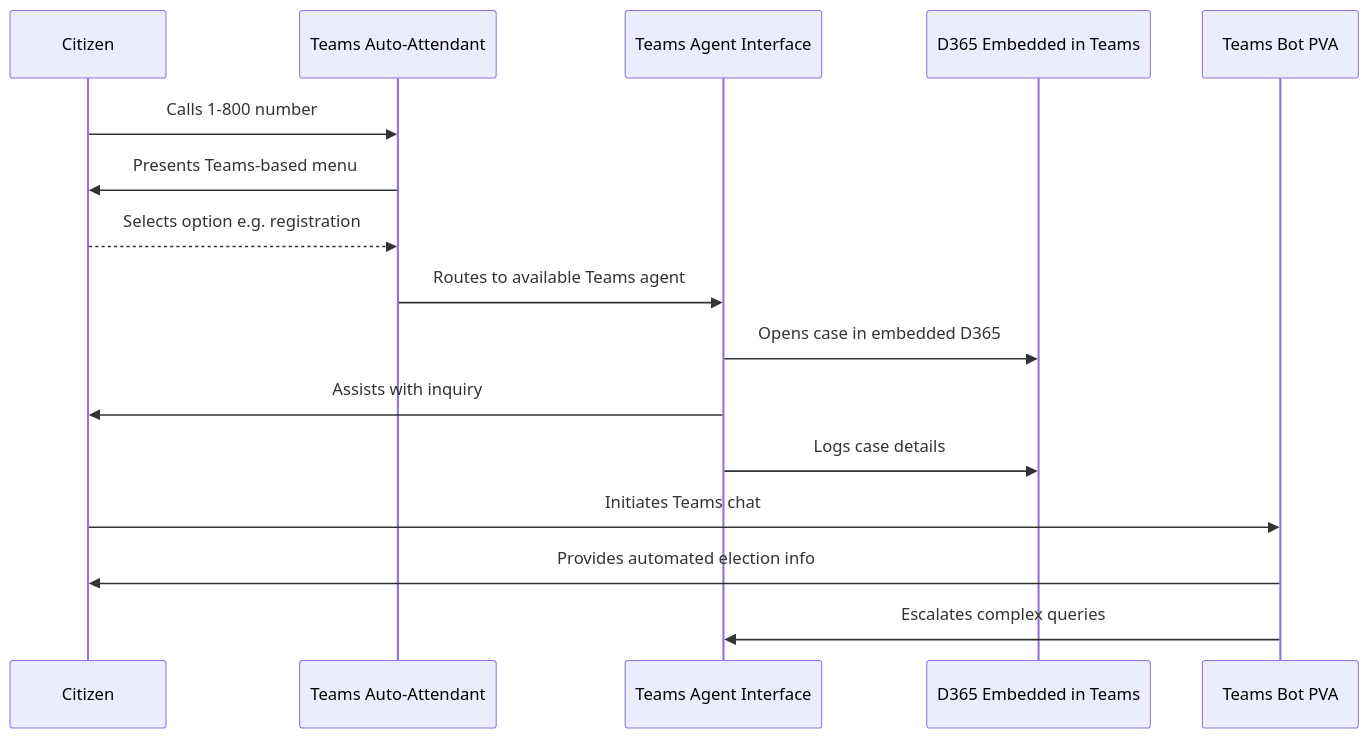
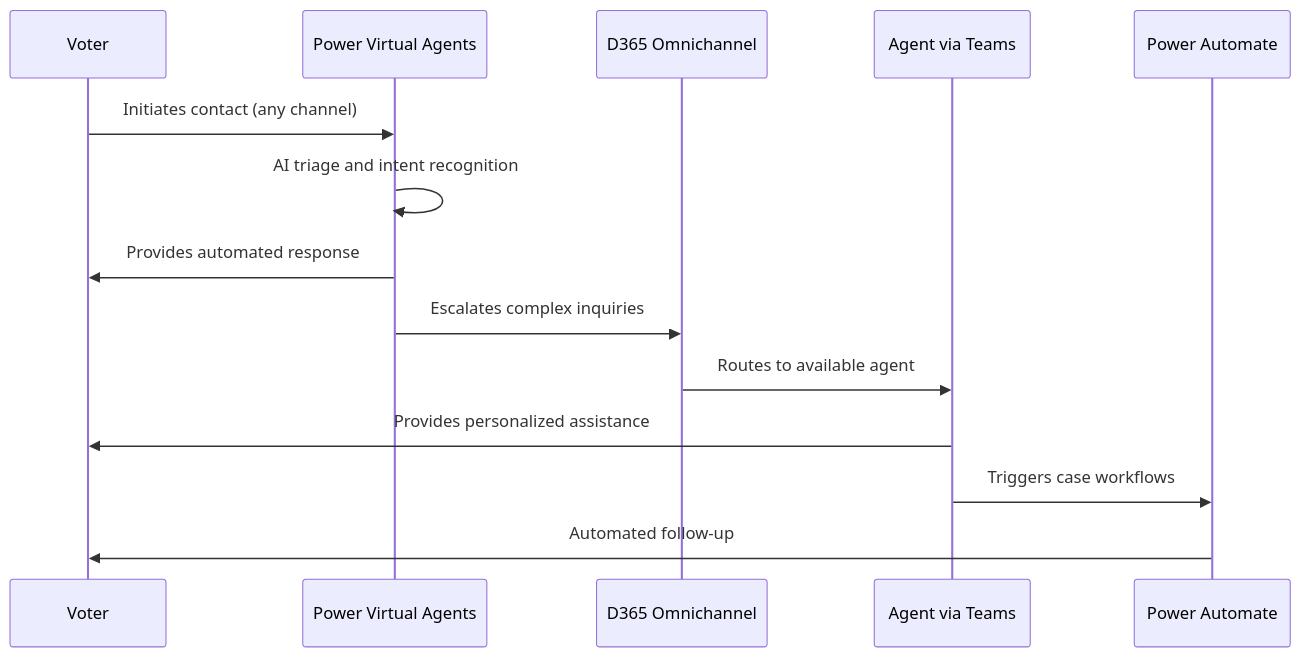
The fourth of 9 diagrams in docs/DCC/readme.md (Cloudstrucc/Public), drawn with Mermaid before and after one commit. The commit also changed other lines of this file and 4 other files, not shown here.

````diff
--- a/docs/DCC/readme.md
+++ b/docs/DCC/readme.md
@@ -333,20 +413,17 @@
 ```mermaid
 sequenceDiagram
-    participant Citizen
-    participant TeamsIVR as Teams Auto-Attendant
-    participant TeamsAgent as Teams Agent Interface
-    participant D365 as D365 Embedded in Teams
-    participant TeamsBot as Teams Bot PVA
-  
-    Citizen->>TeamsIVR: Calls 1-800 number
-    TeamsIVR->>Citizen: Presents Teams-based menu
-    Citizen-->>TeamsIVR: Selects option e.g. registration
-    TeamsIVR->>TeamsAgent: Routes to available Teams agent
-    TeamsAgent->>D365: Opens case in embedded D365
-    TeamsAgent->>Citizen: Assists with inquiry
-    TeamsAgent->>D365: Logs case details
-  
-    Citizen->>TeamsBot: Initiates Teams chat
-    TeamsBot->>Citizen: Provides automated election info
-    TeamsBot->>TeamsAgent: Escalates complex queries
+    participant Voter
+    participant PVA as Power Virtual Agents
+    participant D365 as D365 Omnichannel
+    participant Agent as Agent via Teams
+    participant Workflow as Power Automate
+
+    Voter->>PVA: Initiates contact (any channel)
+    PVA->>PVA: AI triage and intent recognition
+    PVA->>Voter: Provides automated response
+    PVA->>D365: Escalates complex inquiries
+    D365->>Agent: Routes to available agent
+    Agent->>Voter: Provides personalized assistance
+    Agent->>Workflow: Triggers case workflows
+    Workflow->>Voter: Automated follow-up
 ```
````
